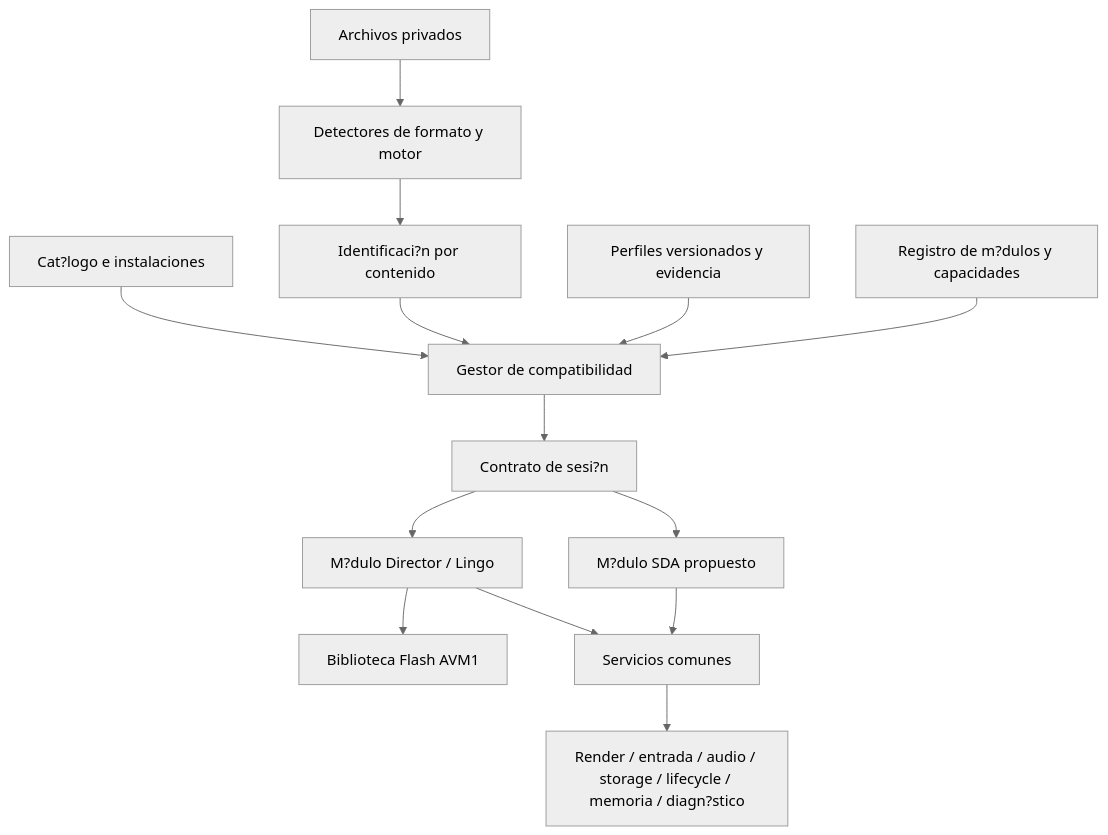
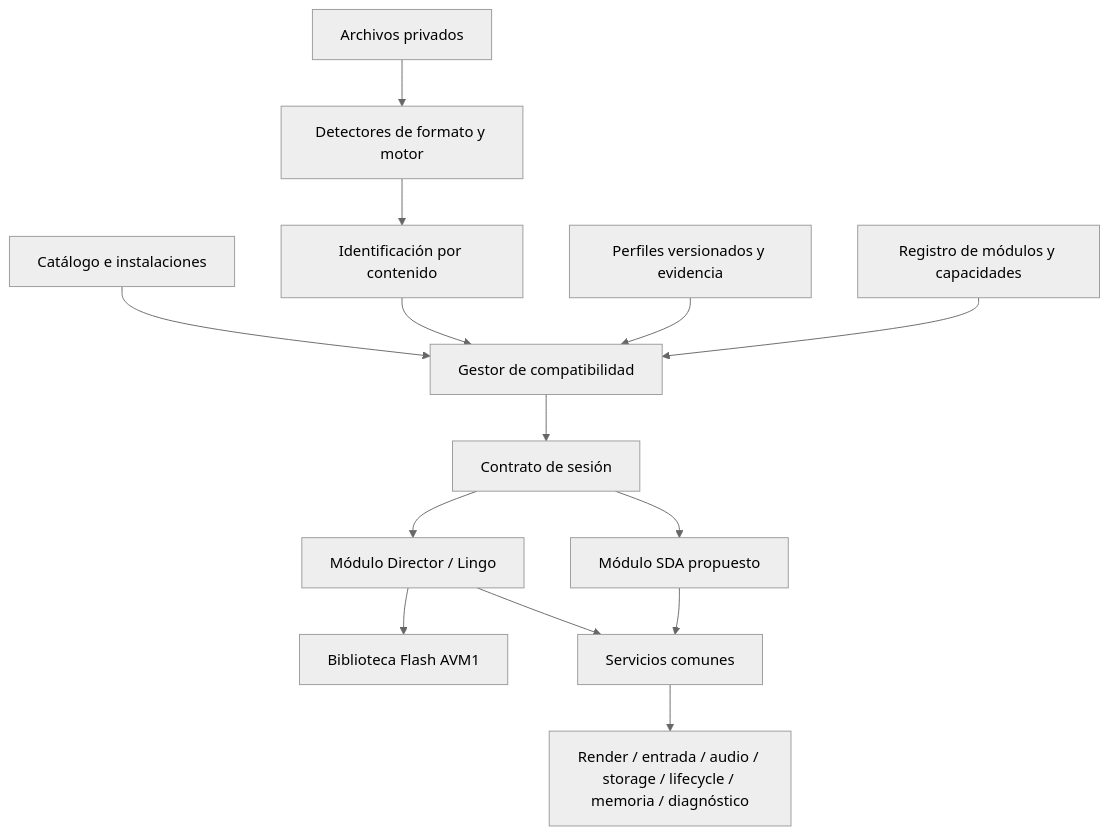
Before and after one commit to Dr3amyBerry/Case-Recomp: the diagram in docs/MULTIGAME_ARCHITECTURE.md, drawn with Mermaid (neutral theme). The commit also changed other lines of this file, not shown here.

````diff
--- a/docs/MULTIGAME_ARCHITECTURE.md
+++ b/docs/MULTIGAME_ARCHITECTURE.md
@@ -87,16 +87,16 @@
 ```mermaid
 flowchart TD
-    Catalog[Cat?logo e instalaciones] --> Manager[Gestor de compatibilidad]
+    Catalog[Catálogo e instalaciones] --> Manager[Gestor de compatibilidad]
     InputFiles[Archivos privados] --> Probe[Detectores de formato y motor]
-    Probe --> Identity[Identificaci?n por contenido]
+    Probe --> Identity[Identificación por contenido]
     Identity --> Manager
     Profiles[Perfiles versionados y evidencia] --> Manager
-    Registry[Registro de m?dulos y capacidades] --> Manager
-    Manager --> Session[Contrato de sesi?n]
-    Session --> Director[M?dulo Director / Lingo]
-    Session --> SDA[M?dulo SDA propuesto]
+    Registry[Registro de módulos y capacidades] --> Manager
+    Manager --> Session[Contrato de sesión]
+    Session --> Director[Módulo Director / Lingo]
+    Session --> SDA[Módulo SDA propuesto]
     Director --> Flash[Biblioteca Flash AVM1]
     Director --> Host[Servicios comunes]
     SDA --> Host
-    Host --> Android[Render / entrada / audio / storage / lifecycle / memoria / diagn?stico]
+    Host --> Android[Render / entrada / audio / storage / lifecycle / memoria / diagnóstico]
 ```
````
